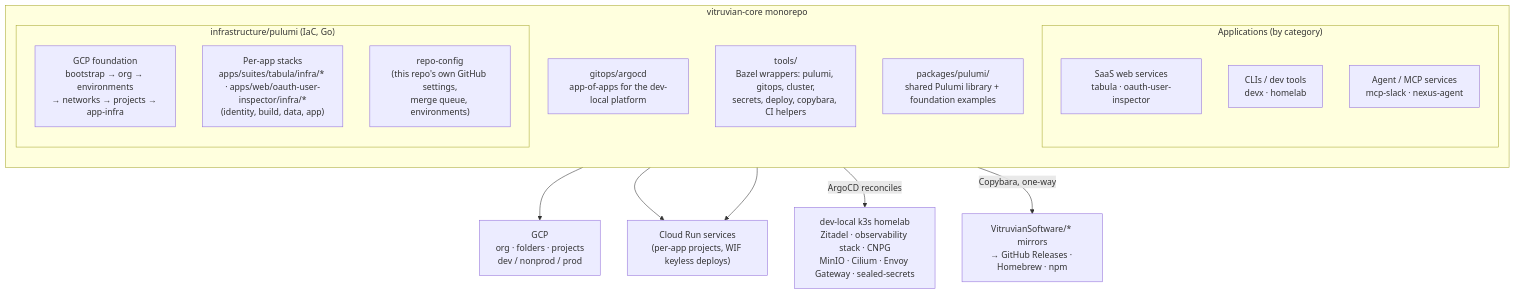
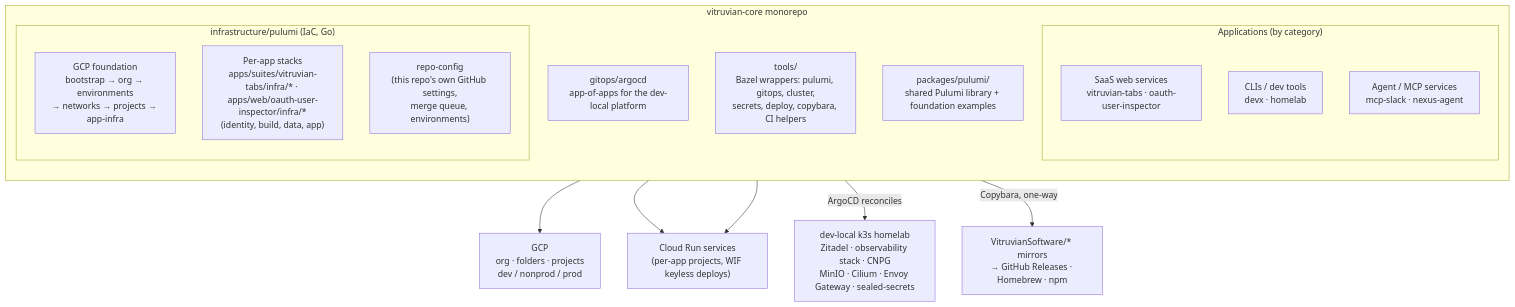
One commit to VitruvianSoftware/vitruvian-core changed the first of 3 diagrams in docs/concepts/monorepo-architecture.md. Above: the diagram before and after it, drawn with Mermaid. The commit also changed other lines of this file and 1127 other files, not shown here.

````diff
--- a/docs/concepts/monorepo-architecture.md
+++ b/docs/concepts/monorepo-architecture.md
@@ -11,25 +11,25 @@
 ```mermaid
 flowchart TB
     subgraph mono["vitruvian-core monorepo"]
         direction TB
         subgraph appsg["Applications (by category)"]
-            saas["SaaS web services<br/>tabula · oauth-user-inspector"]
+            saas["SaaS web services<br/>vitruvian-tabs · oauth-user-inspector"]
             clis["CLIs / dev tools<br/>devx · homelab"]
             agents["Agent / MCP services<br/>mcp-slack · nexus-agent"]
         end
         subgraph infra["infrastructure/pulumi (IaC, Go)"]
             found["GCP foundation<br/>bootstrap → org → environments<br/>→ networks → projects → app-infra"]
-            appstacks["Per-app stacks<br/>apps/suites/tabula/infra/* · apps/web/oauth-user-inspector/infra/*<br/>(identity, build, data, app)"]
+            appstacks["Per-app stacks<br/>apps/suites/vitruvian-tabs/infra/* · apps/web/oauth-user-inspector/infra/*<br/>(identity, build, data, app)"]
             repocfg["repo-config<br/>(this repo's own GitHub settings,<br/>merge queue, environments)"]
         end
         gitopsdir["gitops/argocd<br/>app-of-apps for the dev-local platform"]
         toolsdir["tools/<br/>Bazel wrappers: pulumi, gitops, cluster,<br/>secrets, deploy, copybara, CI helpers"]
         pulib["packages/pulumi/<br/>shared Pulumi library + foundation examples"]
     end
 
     found --> gcp["GCP<br/>org · folders · projects<br/>dev / nonprod / prod"]
     appstacks --> run["Cloud Run services<br/>(per-app projects, WIF keyless deploys)"]
     gitopsdir -->|ArgoCD reconciles| lab["dev-local k3s homelab<br/>Zitadel · observability stack · CNPG<br/>MinIO · Cilium · Envoy Gateway · sealed-secrets"]
     saas --> run
     mono -->|Copybara, one-way| mirrors["VitruvianSoftware/* mirrors<br/>→ GitHub Releases · Homebrew · npm"]
 ```
````
